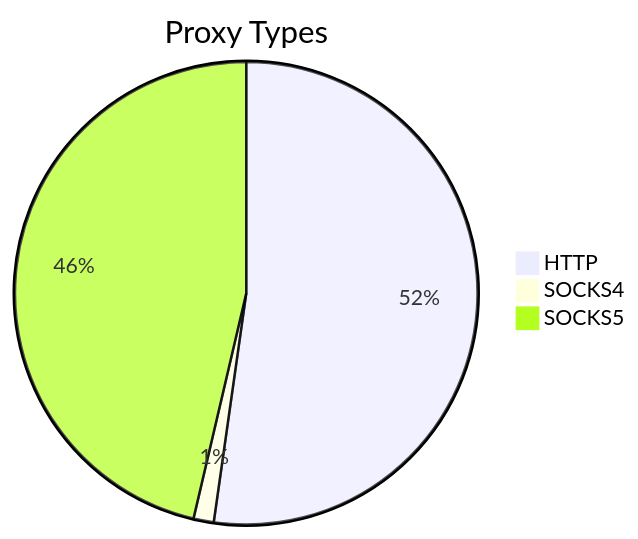
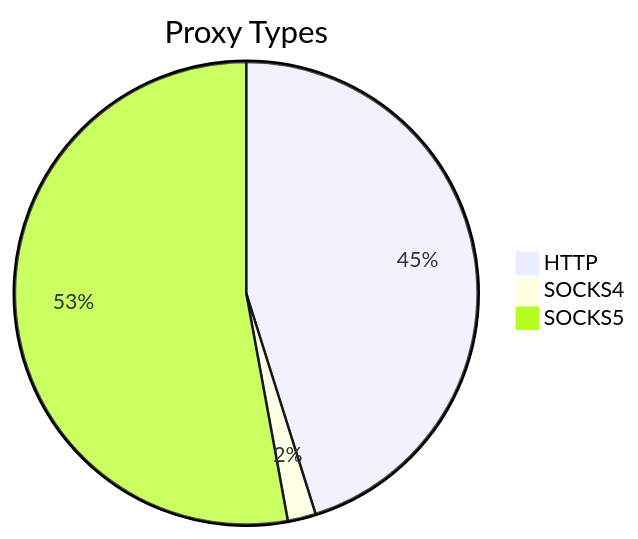
The first of 2 diagrams in README.md (stormsia/proxy-list), drawn with Mermaid before and after one commit. The commit also changed other lines of this file, not shown here.

````diff
--- a/README.md
+++ b/README.md
@@ -21,6 +21,6 @@
 ```mermaid
 pie title Proxy Types
-    "HTTP" : 628
-    "SOCKS4" : 17
-    "SOCKS5" : 557
+    "HTTP" : 643
+    "SOCKS4" : 28
+    "SOCKS5" : 753
 ```
````
